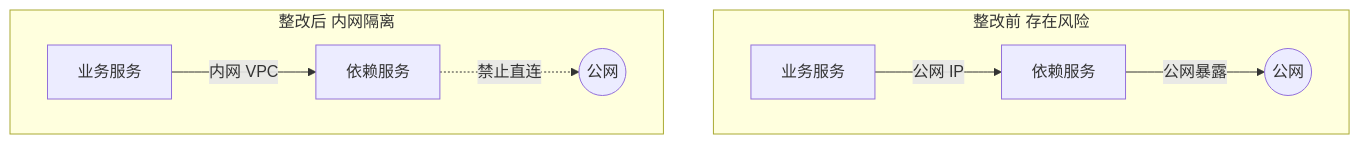
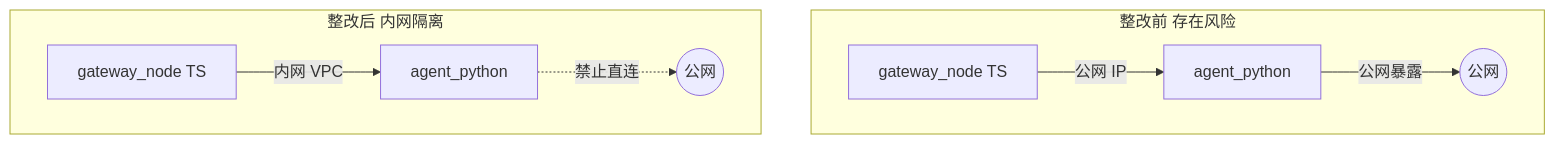
The sixth of 7 diagrams in reports/2026-06-16/index.md (swipth/work-report), drawn with Mermaid before and after one commit. The commit also changed other lines of this file and 29 other files, not shown here.

````diff
--- a/reports/2026-06-16/index.md
+++ b/reports/2026-06-16/index.md
@@ -139,12 +139,12 @@
 ```mermaid
 flowchart TB
     subgraph net_before ["整改前 存在风险"]
-        S1["业务服务"] -->|"公网 IP"| S2["依赖服务"]
+        S1["gateway_node TS"] -->|"公网 IP"| S2["agent_python"]
         S2 -->|"公网暴露"| Internet(("公网"))
     end
 
     subgraph net_after ["整改后 内网隔离"]
-        S3["业务服务"] -->|"内网 VPC"| S4["依赖服务"]
+        S3["gateway_node TS"] -->|"内网 VPC"| S4["agent_python"]
         S4 -.->|"禁止直连"| Internet2(("公网"))
     end
 ```
````
